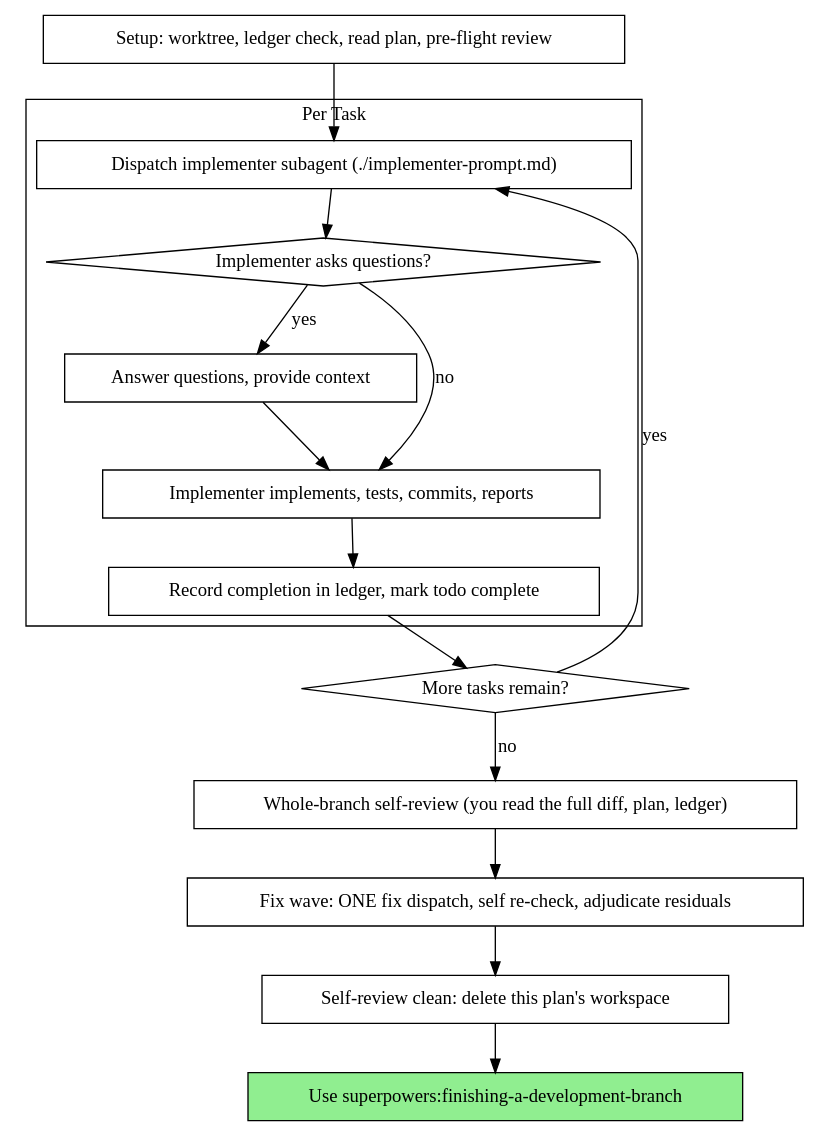
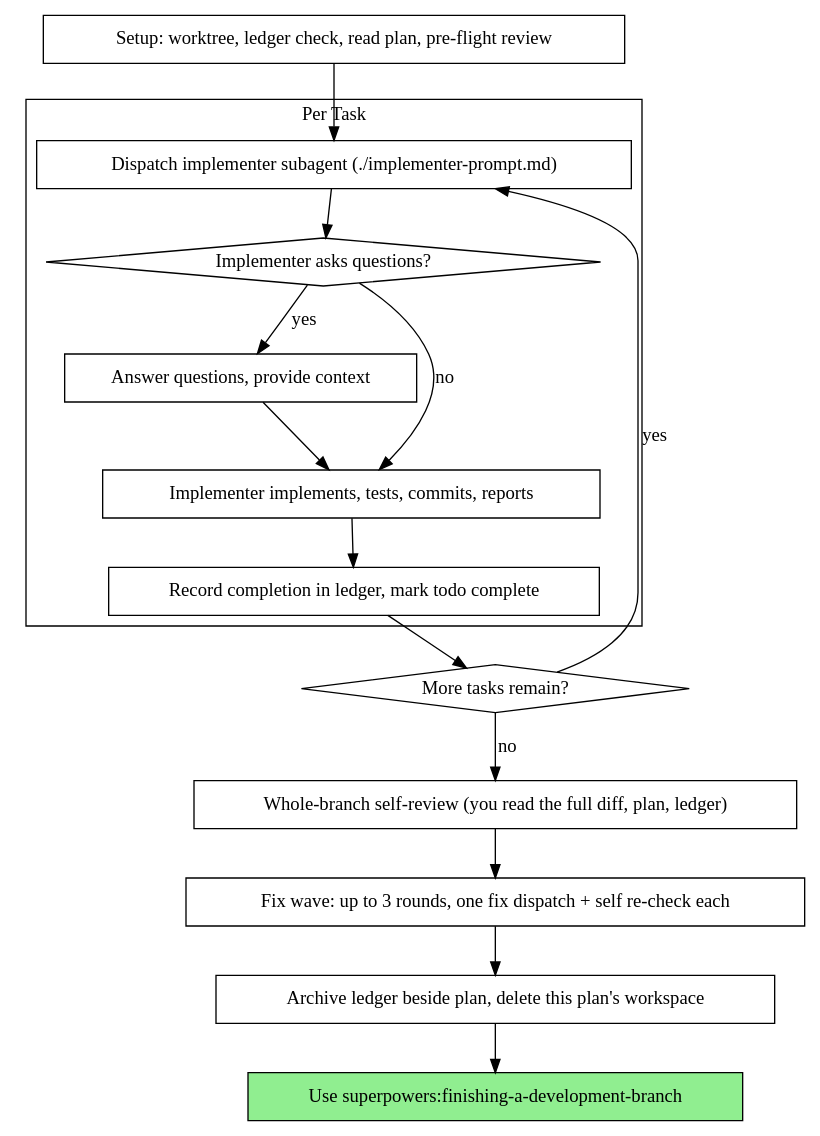
The second of 2 diagrams in skills/subagent-driven-development/SKILL.md (flyer21/superpowers), drawn with Graphviz before and after one commit. The commit also changed other lines of this file and 4 other files, not shown here.

First line of the commit message:
refactor(skills/subagent-driven-development): Chinese ledger markers and three-round fix waves

````diff
--- a/skills/subagent-driven-development/SKILL.md
+++ b/skills/subagent-driven-development/SKILL.md
@@ -50,34 +50,34 @@
 ```dot
 digraph process {
     rankdir=TB;
 
     subgraph cluster_per_task {
         label="Per Task";
         "Dispatch implementer subagent (./implementer-prompt.md)" [shape=box];
         "Implementer asks questions?" [shape=diamond];
         "Answer questions, provide context" [shape=box];
         "Implementer implements, tests, commits, reports" [shape=box];
         "Record completion in ledger, mark todo complete" [shape=box];
     }
 
     "Setup: worktree, ledger check, read plan, pre-flight review" [shape=box];
     "More tasks remain?" [shape=diamond];
     "Whole-branch self-review (you read the full diff, plan, ledger)" [shape=box];
-    "Fix wave: ONE fix dispatch, self re-check, adjudicate residuals" [shape=box];
-    "Self-review clean: delete this plan's workspace" [shape=box];
+    "Fix wave: up to 3 rounds, one fix dispatch + self re-check each" [shape=box];
+    "Archive ledger beside plan, delete this plan's workspace" [shape=box];
     "Use superpowers:finishing-a-development-branch" [shape=box style=filled fillcolor=lightgreen];
 
     "Setup: worktree, ledger check, read plan, pre-flight review" -> "Dispatch implementer subagent (./implementer-prompt.md)";
     "Dispatch implementer subagent (./implementer-prompt.md)" -> "Implementer asks questions?";
     "Implementer asks questions?" -> "Answer questions, provide context" [label="yes"];
     "Answer questions, provide context" -> "Implementer implements, tests, commits, reports";
     "Implementer asks questions?" -> "Implementer implements, tests, commits, reports" [label="no"];
     "Implementer implements, tests, commits, reports" -> "Record completion in ledger, mark todo complete";
     "Record completion in ledger, mark todo complete" -> "More tasks remain?";
     "More tasks remain?" -> "Dispatch implementer subagent (./implementer-prompt.md)" [label="yes"];
     "More tasks remain?" -> "Whole-branch self-review (you read the full diff, plan, ledger)" [label="no"];
-    "Whole-branch self-review (you read the full diff, plan, ledger)" -> "Fix wave: ONE fix dispatch, self re-check, adjudicate residuals";
-    "Fix wave: ONE fix dispatch, self re-check, adjudicate residuals" -> "Self-review clean: delete this plan's workspace";
-    "Self-review clean: delete this plan's workspace" -> "Use superpowers:finishing-a-development-branch";
+    "Whole-branch self-review (you read the full diff, plan, ledger)" -> "Fix wave: up to 3 rounds, one fix dispatch + self re-check each";
+    "Fix wave: up to 3 rounds, one fix dispatch + self re-check each" -> "Archive ledger beside plan, delete this plan's workspace";
+    "Archive ledger beside plan, delete this plan's workspace" -> "Use superpowers:finishing-a-development-branch";
 }
 ```
````
